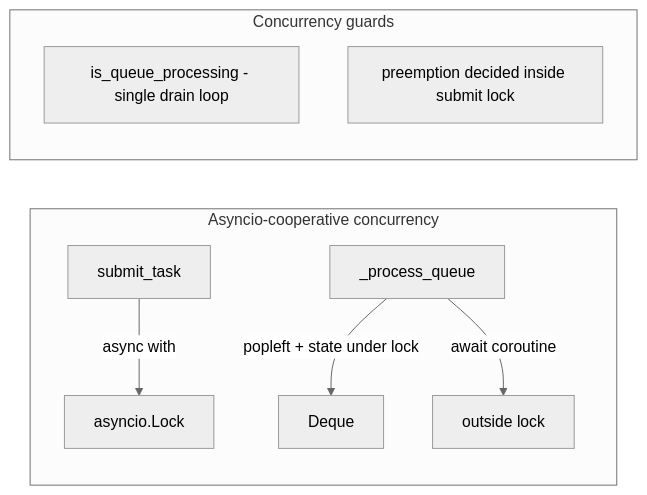
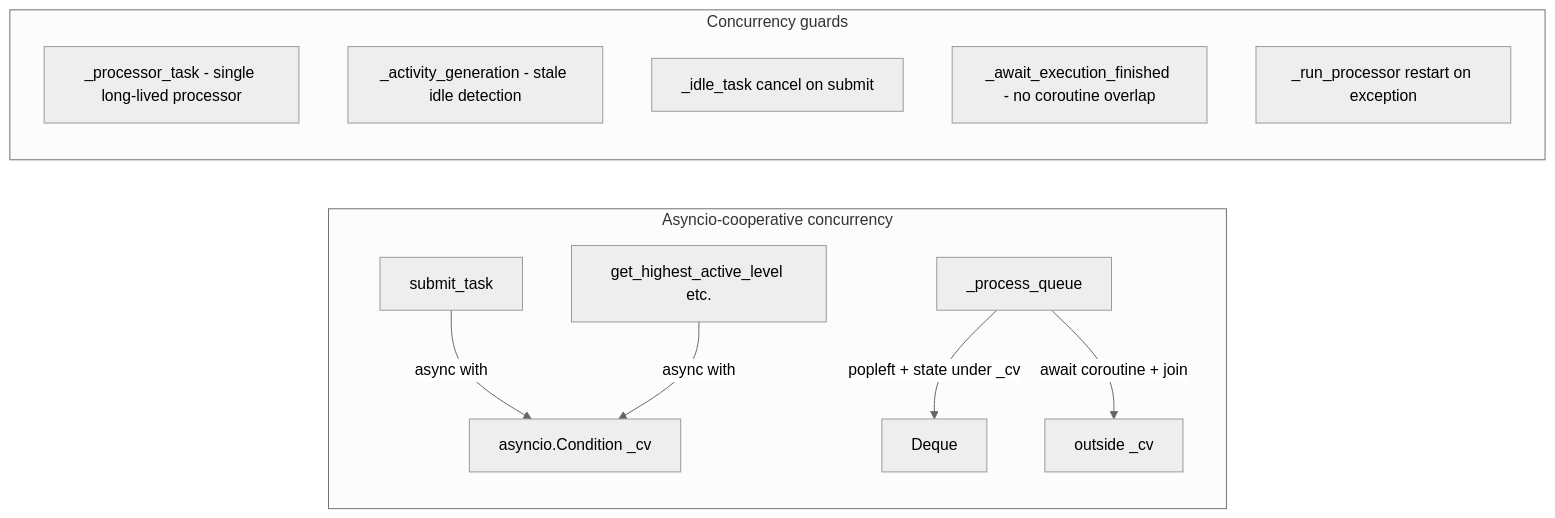
Before and after one commit to scoville/test_filter_queue: the seventh of 9 diagrams in .cursor/plans/system_architecture_workflow_b2d79ca7.plan.md, drawn with Mermaid (neutral theme). The commit also changed other lines of this file and 2 other files, not shown here.

````diff
--- a/.cursor/plans/system_architecture_workflow_b2d79ca7.plan.md
+++ b/.cursor/plans/system_architecture_workflow_b2d79ca7.plan.md
@@ -262,16 +309,21 @@
 ```mermaid
 flowchart LR
     subgraph asyncSafe [Asyncio-cooperative concurrency]
         Submit[submit_task]
         Process[_process_queue]
-        Lock[asyncio.Lock]
-        Submit -->|async with| Lock
-        Process -->|popleft + state under lock| Deque
-        Process -->|await coroutine| OutsideLock[outside lock]
+        CV[asyncio.Condition _cv]
+        Submit -->|async with| CV
+        Process -->|popleft + state under _cv| Deque
+        Process -->|await coroutine + join| OutsideCV[outside _cv]
+        Accessors[get_highest_active_level etc.]
+        Accessors -->|async with| CV
     end
 
     subgraph guards [Concurrency guards]
-        Flag[is_queue_processing - single drain loop]
-        PreemptOnSubmit[preemption decided inside submit lock]
+        ProcTask[_processor_task - single long-lived processor]
+        Gen[_activity_generation - stale idle detection]
+        IdleCancel[_idle_task cancel on submit]
+        Join[_await_execution_finished - no coroutine overlap]
+        Crash[_run_processor restart on exception]
     end
 ```
````
